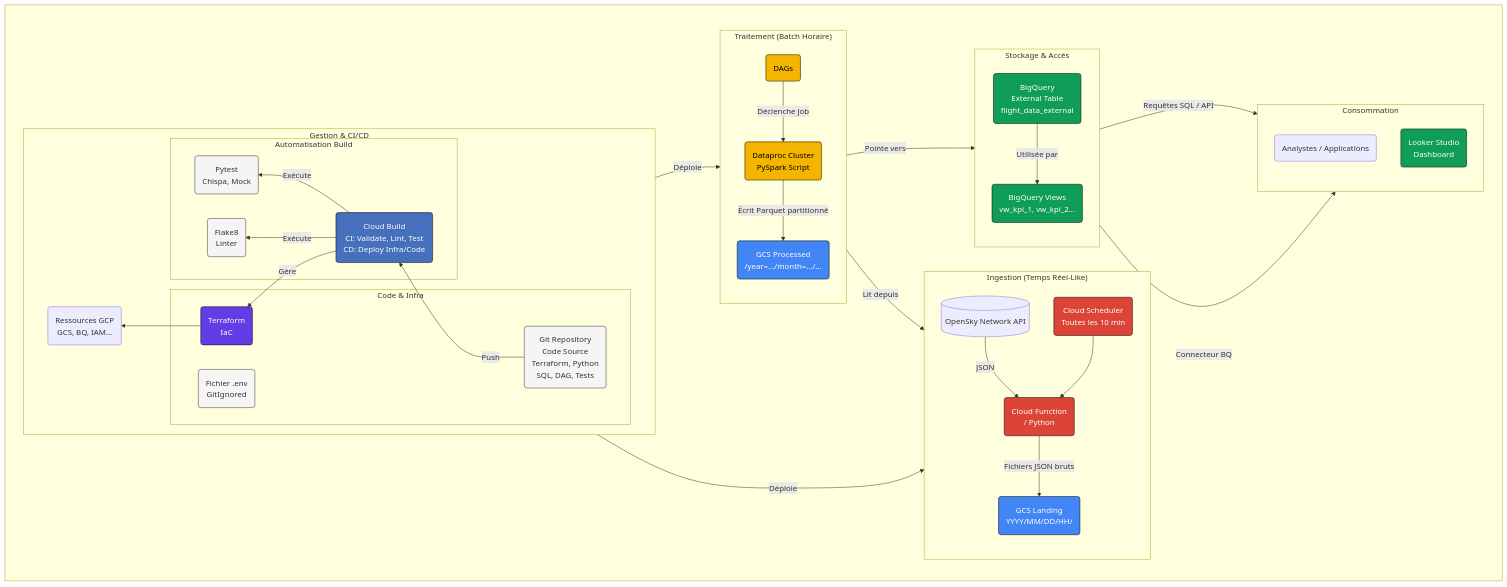
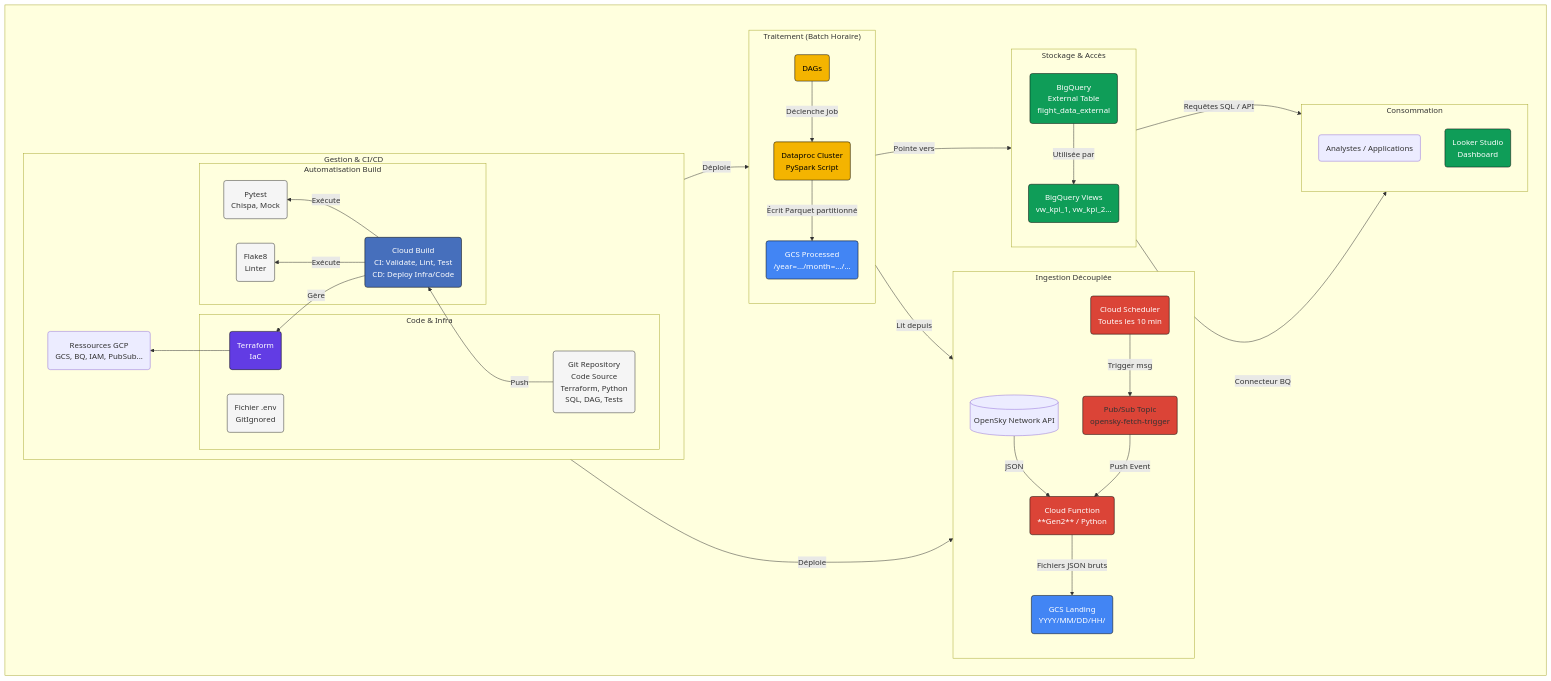
The diagram in README.md (remigarcia31/toulouse-aero-analysis), drawn with Mermaid before and after one commit. The commit also changed other lines of this file, not shown here.

````diff
--- a/README.md
+++ b/README.md
@@ -33,68 +34,70 @@
 ```mermaid
 graph LR
     subgraph " "
         direction LR
-        subgraph "Ingestion (Temps Réel-Like)"
+        subgraph "Ingestion Découplée"
             direction TB
-            OSN[("OpenSky Network API")] -- JSON --> CF(Cloud Function<br/> / Python)
-            SCHED(Cloud Scheduler<br/>Toutes les 10 min) --> CF
+            OSN[("OpenSky Network API")] -- JSON --> CF(Cloud Function<br/>**Gen2** / Python)
+            SCHED(Cloud Scheduler<br/>Toutes les 10 min) -- Trigger msg --> PUBSUB(Pub/Sub Topic<br/>opensky-fetch-trigger)
+            PUBSUB -- Push Event --> CF
             CF -- Fichiers JSON bruts --> GCS_L(GCS Landing<br/>YYYY/MM/DD/HH/)
         end
 
         subgraph "Traitement (Batch Horaire)"
             direction TB
             COMP(Cloud Composer<br/>**v2** / Airflow DAG<br/>@hourly) -- Déclenche Job --> DP(Dataproc Cluster<br/>PySpark Script)
             DP -- Lit depuis --> GCS_L
             DP -- Écrit Parquet partitionné --> GCS_P(GCS Processed<br/>/year=.../month=.../...)
         end
 
         subgraph "Stockage & Accès"
             direction TB
             GCS_P -- Pointe vers --> BQ_EXT(BigQuery<br/>External Table<br/>flight_data_external)
             BQ_EXT -- Utilisée par --> BQ_VIEW(BigQuery Views<br/>vw_kpi_1, vw_kpi_2...)
         end
 
         subgraph "Consommation"
             direction TB
             BQ_VIEW -- Requêtes SQL / API --> USERS(Analystes / Applications)
             BQ_VIEW -- Connecteur BQ --> LOOKER(Looker Studio<br/>Dashboard)
         end
 
         subgraph "Gestion & CI/CD"
             direction RL
             subgraph "Code & Infra"
               GIT(Git Repository<br/>Code Source<br/>Terraform, Python<br/>SQL, DAG, Tests)
               TF(Terraform<br/>IaC)
               ENV(Fichier .env<br/>GitIgnored)
             end
             subgraph "Automatisation Build"
               CB(Cloud Build<br/>CI: Validate, Lint, Test<br/>CD: Deploy Infra/Code)
               PYTEST(Pytest<br/>Chispa, Mock)
               FLAKE8(Flake8<br/>Linter)
             end
             GIT -- Push --> CB
-            TF --> GCP_RES(Ressources GCP<br/>GCS, BQ, IAM...)
+            TF --> GCP_RES(Ressources GCP<br/>GCS, BQ, IAM, PubSub...)
             CB -- Gère --> TF
             CB -- Déploie --> CF
             CB -- Déploie --> COMP(DAGs)
             CB -- Exécute --> PYTEST
             CB -- Exécute --> FLAKE8
         end
     end
 
     style GCS_L fill:#4285F4,stroke:#000,color:#fff
     style GCS_P fill:#4285F4,stroke:#000,color:#fff
     style CF fill:#DB4437,stroke:#000,color:#fff
     style SCHED fill:#DB4437,stroke:#000,color:#fff
+    style PUBSUB fill:#DB4437,stroke:#000,color:#fff # Ajout Style PubSub
     style DP fill:#F4B400,stroke:#000,color:#000
     style COMP fill:#F4B400,stroke:#000,color:#000
     style BQ_EXT fill:#0F9D58,stroke:#000,color:#fff
     style BQ_VIEW fill:#0F9D58,stroke:#000,color:#fff
     style LOOKER fill:#0F9D58,stroke:#000,color:#fff
     style TF fill:#623CE4,stroke:#000,color:#fff
     style CB fill:#466FBC,stroke:#000,color:#fff
     style GIT fill:#f5f5f5,stroke:#333,color:#333
     style PYTEST fill:#f5f5f5,stroke:#333,color:#333
     style FLAKE8 fill:#f5f5f5,stroke:#333,color:#333
     style ENV fill:#f5f5f5,stroke:#333,color:#333
 ```
````
